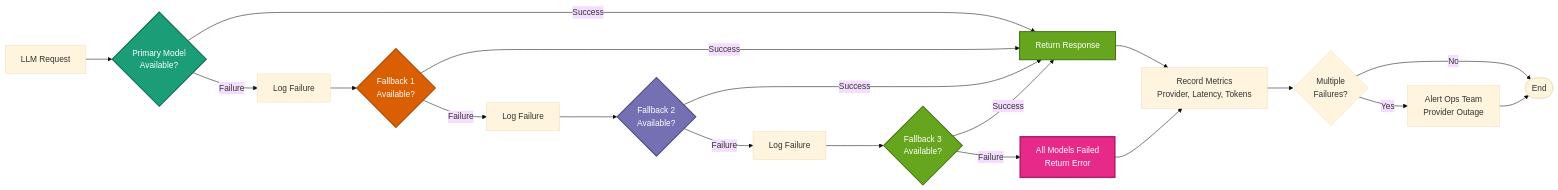
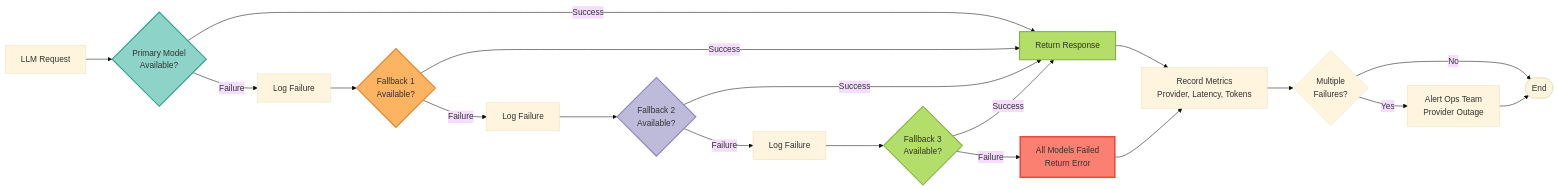
The ninth of 10 diagrams in docs/diagrams/system-architecture.mdx (vishnu2kmohan/mcp-server-langgraph), drawn with Mermaid (base theme) before and after one commit. The commit also changed other lines of this file and 11 other files, not shown here.

First line of the commit message:
style: migrate all diagrams from Dark2 to Set3 ColorBrewer2 palette

````diff
--- a/docs/diagrams/system-architecture.mdx
+++ b/docs/diagrams/system-architecture.mdx
@@ -506,34 +506,34 @@
 ```mermaid
 flowchart LR
     Request[LLM Request] --> Primary{Primary Model<br/>Available?}
 
     Primary -->|Success| Response[Return Response]
     Primary -->|Failure| Log1[Log Failure]
 
     Log1 --> Fallback1{Fallback 1<br/>Available?}
     Fallback1 -->|Success| Response
     Fallback1 -->|Failure| Log2[Log Failure]
 
     Log2 --> Fallback2{Fallback 2<br/>Available?}
     Fallback2 -->|Success| Response
     Fallback2 -->|Failure| Log3[Log Failure]
 
     Log3 --> Fallback3{Fallback 3<br/>Available?}
     Fallback3 -->|Success| Response
     Fallback3 -->|Failure| Error[All Models Failed<br/>Return Error]
 
     Response --> Metrics[Record Metrics<br/>Provider, Latency, Tokens]
     Error --> Metrics
 
     Metrics --> Alert{Multiple<br/>Failures?}
     Alert -->|Yes| Notify[Alert Ops Team<br/>Provider Outage]
     Alert -->|No| End([End])
     Notify --> End
 
-    style Primary fill:#1b9e77,stroke:#116b52,stroke-width:2px,color:#fff
-    style Fallback1 fill:#d95f02,stroke:#a64801,stroke-width:2px,color:#fff
-    style Fallback2 fill:#7570b3,stroke:#4e4a7f,stroke-width:2px,color:#fff
-    style Fallback3 fill:#66a61e,stroke:#477315,stroke-width:2px,color:#fff
-    style Error fill:#e7298a,stroke:#b31e6d,stroke-width:3px,color:#fff
-    style Response fill:#66a61e,stroke:#477315,stroke-width:2px,color:#fff
+    style Primary fill:#8dd3c7,stroke:#2a9d8f,stroke-width:2px,color:#333
+    style Fallback1 fill:#fdb462,stroke:#e67e22,stroke-width:2px,color:#333
+    style Fallback2 fill:#bebada,stroke:#8e7cc3,stroke-width:2px,color:#333
+    style Fallback3 fill:#b3de69,stroke:#7cb342,stroke-width:2px,color:#333
+    style Error fill:#fb8072,stroke:#e74c3c,stroke-width:3px,color:#333
+    style Response fill:#b3de69,stroke:#7cb342,stroke-width:2px,color:#333
 ```
````
